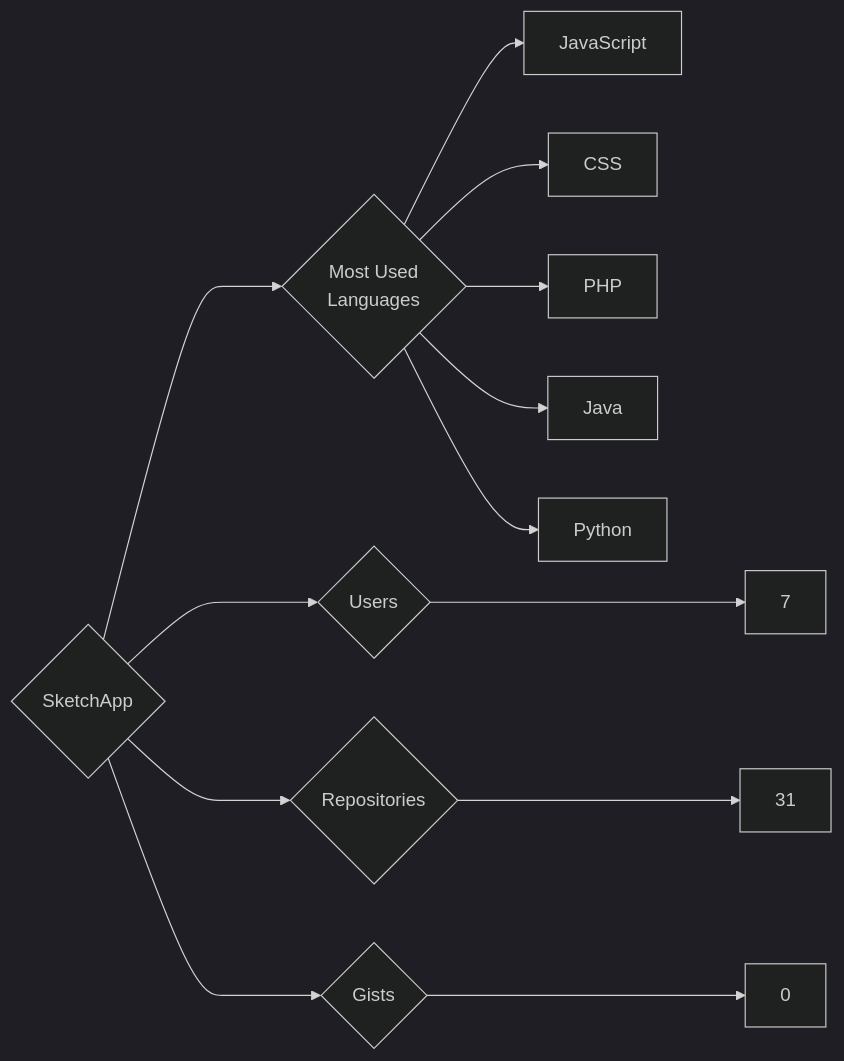
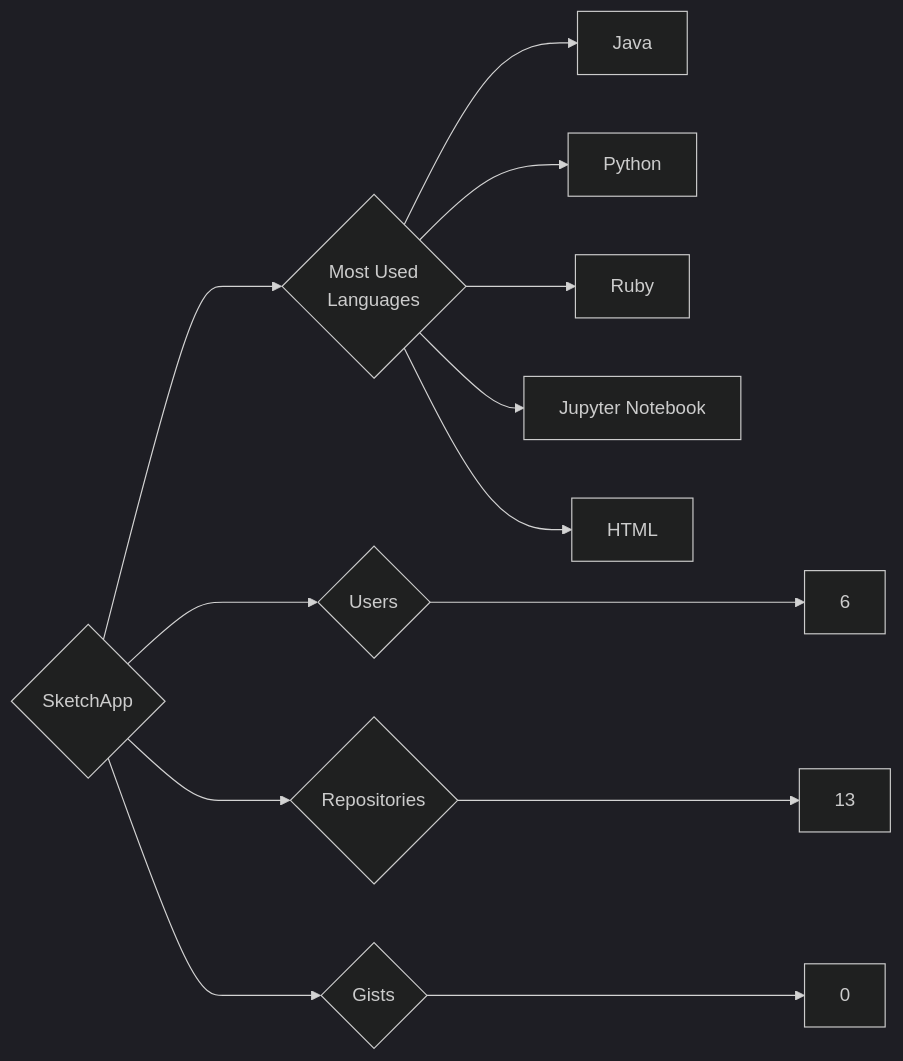
The diagram in targets/SketchApp/README.md (trickest/insiders), drawn with Mermaid (dark theme) before and after one commit. The commit also changed 1389 other files, not shown here.

````diff
--- a/targets/SketchApp/README.md
+++ b/targets/SketchApp/README.md
@@ -3,13 +3,13 @@
 ```mermaid
 graph LR
 COMPANY_NAME{SketchApp}
-COMPANY_NAME ---> U{Users} ---> UN[7]
-COMPANY_NAME ---> R{Repositories} ---> RN[31]
+COMPANY_NAME ---> U{Users} ---> UN[6]
+COMPANY_NAME ---> R{Repositories} ---> RN[13]
 COMPANY_NAME ---> G{Gists} ---> GN[0]
 COMPANY_NAME ---> ML{Most Used<br>Languages}
-ML --> JavaScript[JavaScript]
-ML --> CSS[CSS]
-ML --> PHP[PHP]
 ML --> Java[Java]
 ML --> Python[Python]
+ML --> Ruby[Ruby]
+ML --> Jupyter_Notebook[Jupyter Notebook]
+ML --> HTML[HTML]
 ```
````
